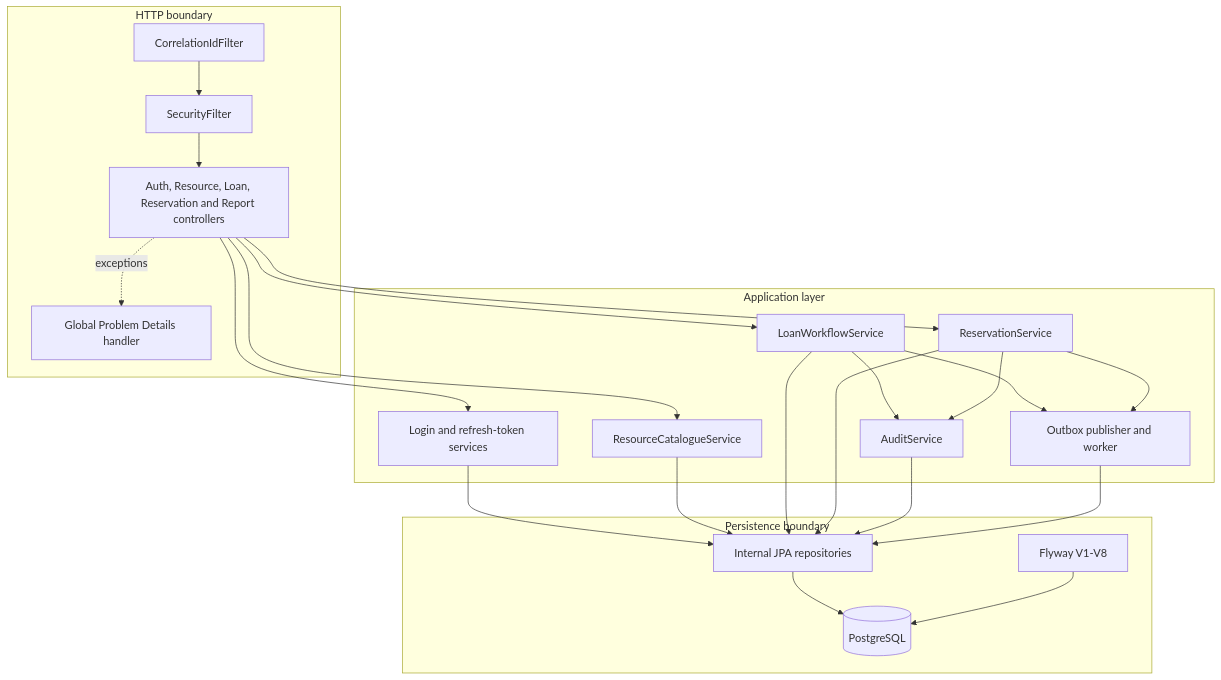
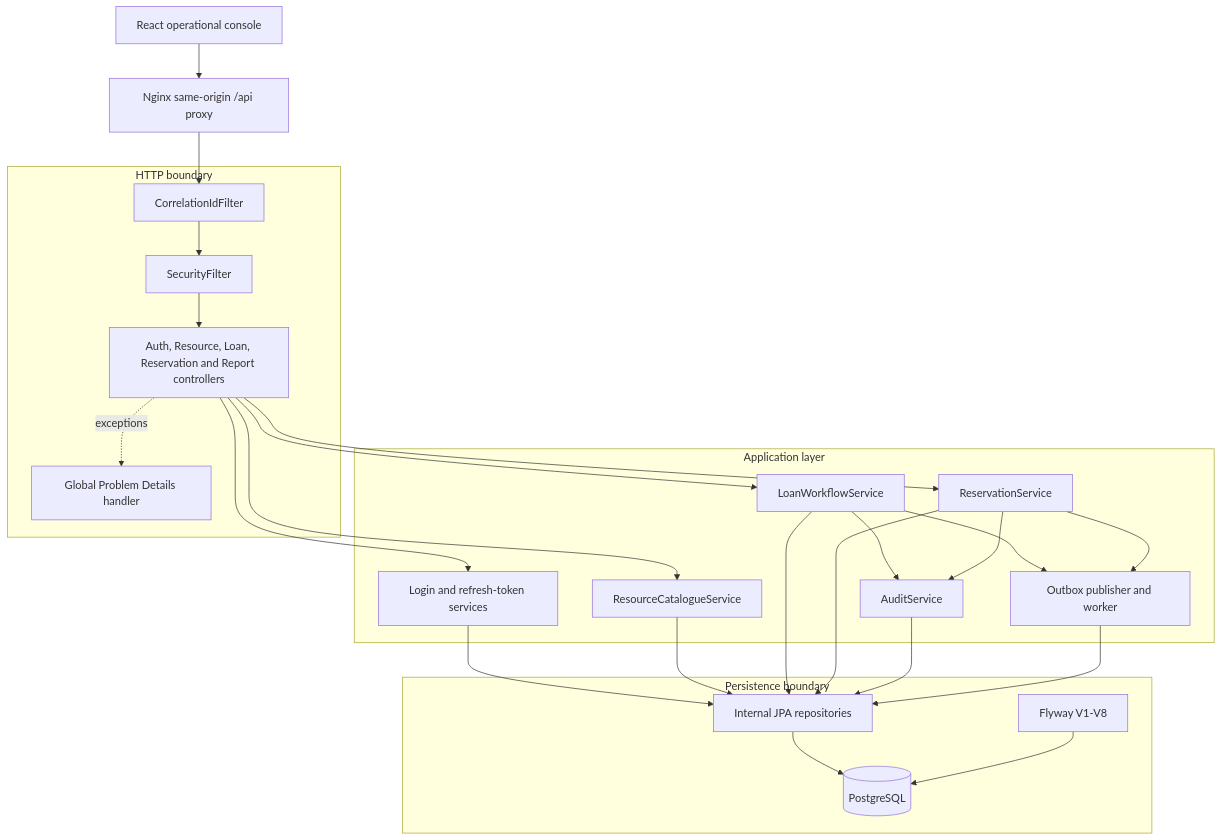
One commit to ricardoportoIE/resource-lending-api changed the first of 5 diagrams in docs/architecture.md. Above: the diagram before and after it, drawn with Mermaid. The commit also changed 30 other files, not shown here.

Commit message:
feat: add operational React console

````diff
--- a/docs/architecture.md
+++ b/docs/architecture.md
@@ -7,43 +7,45 @@
 ```mermaid
 flowchart TB
+    Browser[React operational console] --> Proxy[Nginx same-origin /api proxy]
     subgraph HTTP[HTTP boundary]
         Correlation[CorrelationIdFilter]
         JWT[SecurityFilter]
         Controllers[Auth, Resource, Loan, Reservation and Report controllers]
         Problems[Global Problem Details handler]
     end
 
     subgraph Application[Application layer]
         Auth[Login and refresh-token services]
         Catalogue[ResourceCatalogueService]
         Loans[LoanWorkflowService]
         Reservations[ReservationService]
         Audit[AuditService]
         Outbox[Outbox publisher and worker]
     end
 
     subgraph Persistence[Persistence boundary]
         Repositories[Internal JPA repositories]
         PostgreSQL[(PostgreSQL)]
         Flyway[Flyway V1-V8]
     end
 
+    Proxy --> Correlation
     Correlation --> JWT --> Controllers
     Controllers --> Auth
     Controllers --> Catalogue
     Controllers --> Loans
     Controllers --> Reservations
     Controllers -. exceptions .-> Problems
     Loans --> Audit
     Reservations --> Audit
     Loans --> Outbox
     Reservations --> Outbox
     Auth --> Repositories
     Catalogue --> Repositories
     Loans --> Repositories
     Reservations --> Repositories
     Audit --> Repositories
     Outbox --> Repositories
     Repositories --> PostgreSQL
     Flyway --> PostgreSQL
 ```
````
